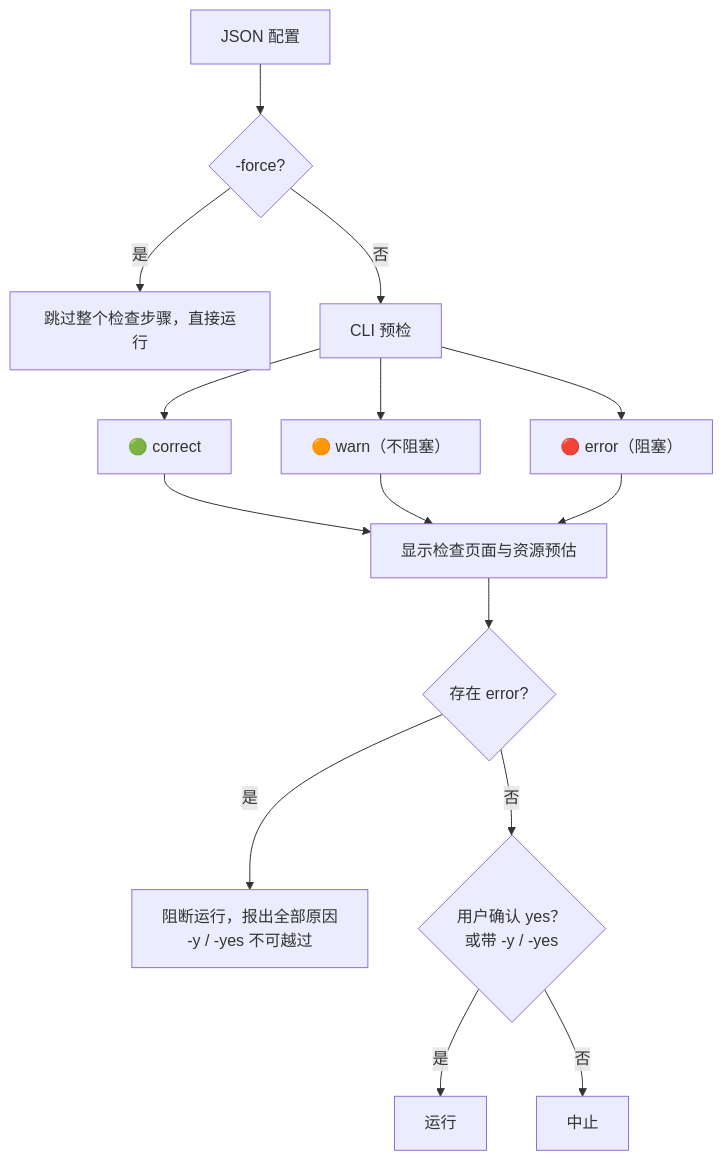
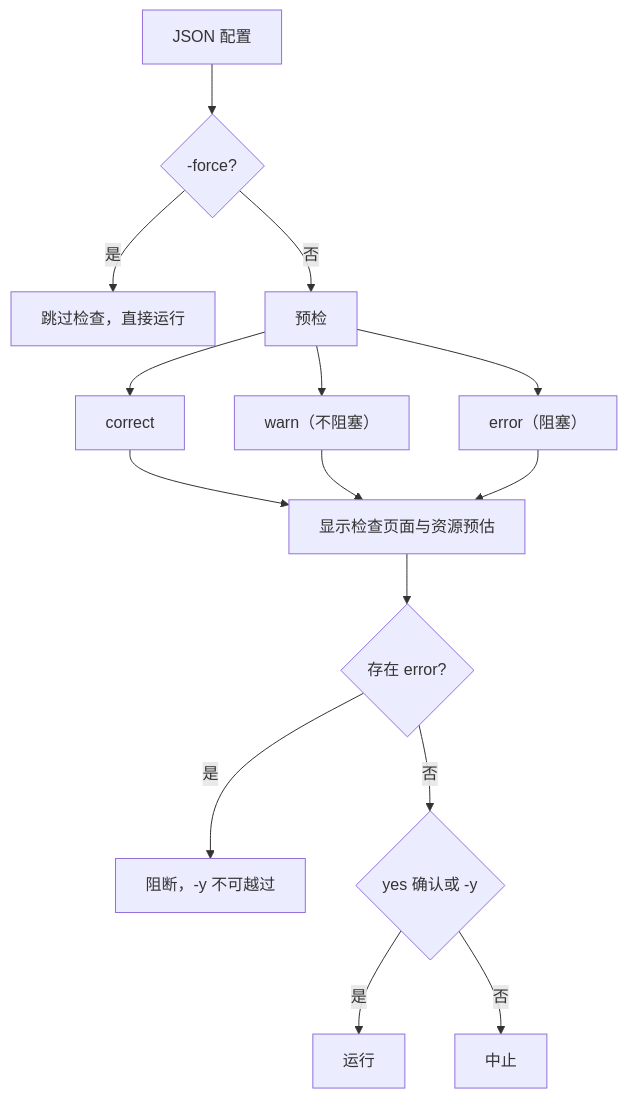
The fifth of 10 diagrams in docs/ASTROCS_DESIGN.md (fujiaze/Astro-CS-Database), drawn with Mermaid before and after one commit. The commit also changed other lines of this file and 1 other file, not shown here.

````diff
--- a/docs/ASTROCS_DESIGN.md
+++ b/docs/ASTROCS_DESIGN.md
@@ -380,16 +233,16 @@
 ```mermaid
 flowchart TD
     J["JSON 配置"] --> F{"-force?"}
-    F -->|是| RUN["跳过整个检查步骤，直接运行"]
-    F -->|否| CHK["CLI 预检"]
-    CHK --> G["🟢 correct"]
-    CHK --> O["🟠 warn（不阻塞）"]
-    CHK --> R["🔴 error（阻塞）"]
+    F -->|是| RUN["跳过检查，直接运行"]
+    F -->|否| CHK["预检"]
+    CHK --> G["correct"]
+    CHK --> O["warn（不阻塞）"]
+    CHK --> R["error（阻塞）"]
     G & O --> PAGE["显示检查页面与资源预估"]
     R --> PAGE
     PAGE --> E{"存在 error?"}
-    E -->|是| BLOCK["阻断运行，报出全部原因<br/>-y / -yes 不可越过"]
-    E -->|否| C{"用户确认 yes？<br/>或带 -y / -yes"}
+    E -->|是| BLOCK["阻断，-y 不可越过"]
+    E -->|否| C{"yes 确认或 -y"}
     C -->|是| RUN2["运行"]
     C -->|否| ABORT["中止"]
 ```
````
